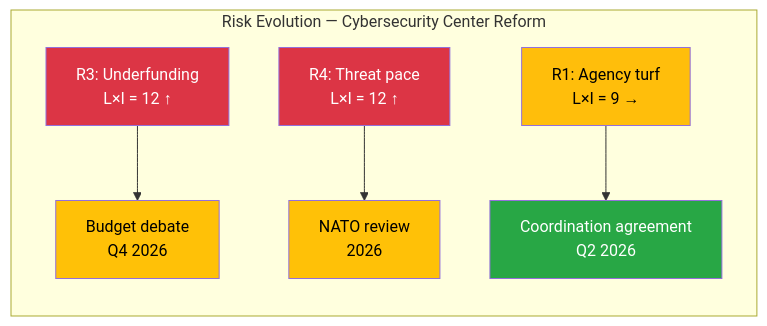
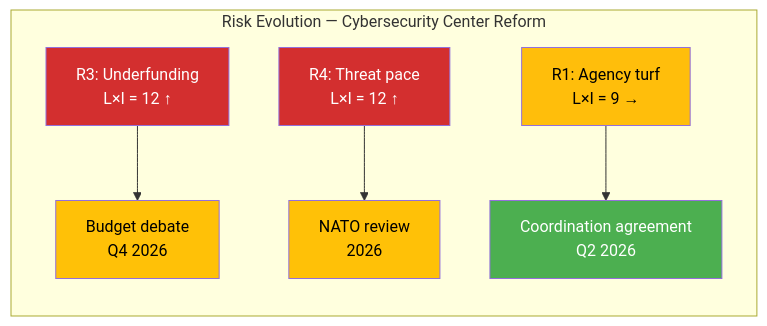
The second of 2 diagrams in analysis/daily/2026-04-03/deep-inspection/risk-assessment.md (Hack23/riksdagsmonitor), drawn with Mermaid before and after one commit. The commit also changed 785 other files, not shown here.

First line of the commit message:
Normalize mermaid colors across 786 analysis artifacts to ISMS Style Guide palette

````diff
--- a/analysis/daily/2026-04-03/deep-inspection/risk-assessment.md
+++ b/analysis/daily/2026-04-03/deep-inspection/risk-assessment.md
@@ -65,15 +65,15 @@
 ```mermaid
 graph LR
     subgraph "Risk Evolution — Cybersecurity Center Reform"
         R3_NOW["R3: Underfunding<br/>L×I = 12 ↑"] --> R3_NEXT["Budget debate<br/>Q4 2026"]
         R4_NOW["R4: Threat pace<br/>L×I = 12 ↑"] --> R4_NEXT["NATO review<br/>2026"]
         R1_NOW["R1: Agency turf<br/>L×I = 9 →"] --> R1_NEXT["Coordination agreement<br/>Q2 2026"]
     end
 
-    style R3_NOW fill:#dc3545,color:#fff
-    style R4_NOW fill:#dc3545,color:#fff
-    style R1_NOW fill:#ffbe0b,color:#000
-    style R3_NEXT fill:#ffc107,color:#000
-    style R4_NEXT fill:#ffc107,color:#000
-    style R1_NEXT fill:#28a745,color:#fff
+    style R3_NOW fill:#D32F2F,color:#FFFFFF
+    style R4_NOW fill:#D32F2F,color:#FFFFFF
+    style R1_NOW fill:#ffbe0b,color:#000000
+    style R3_NEXT fill:#FFC107,color:#000000
+    style R4_NEXT fill:#FFC107,color:#000000
+    style R1_NEXT fill:#4CAF50,color:#FFFFFF
 ```
````
